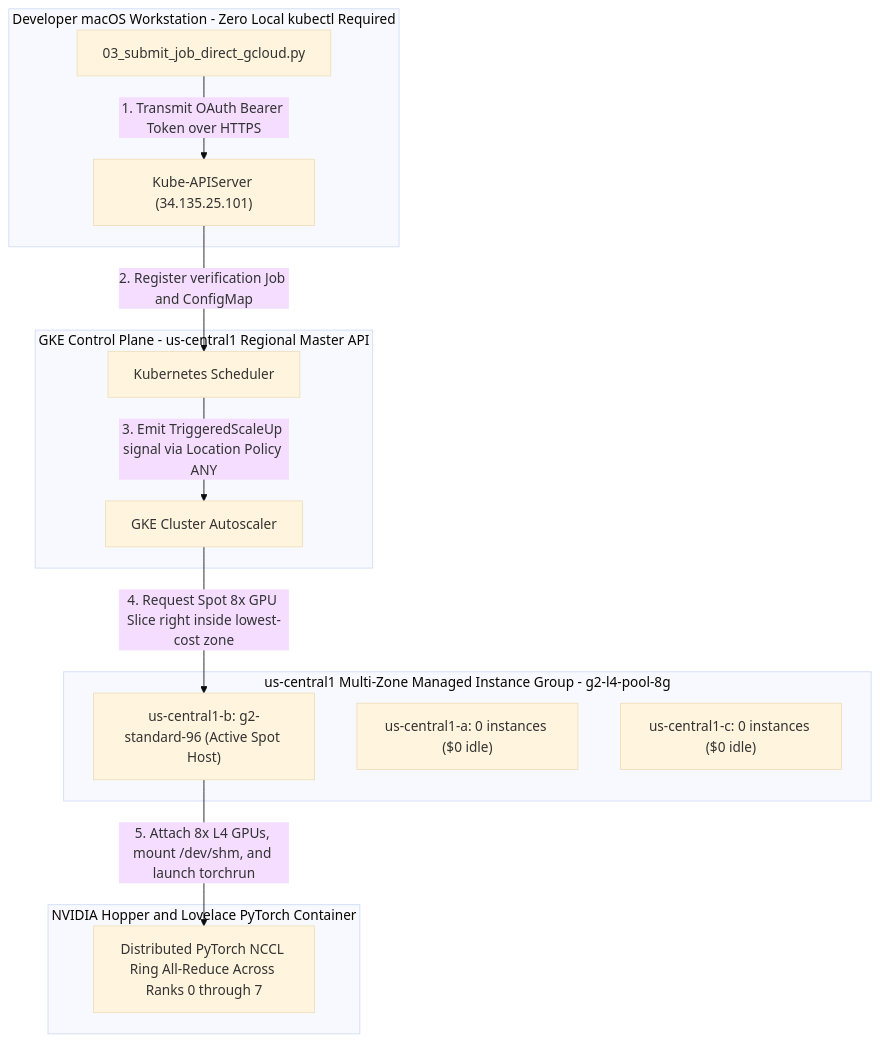
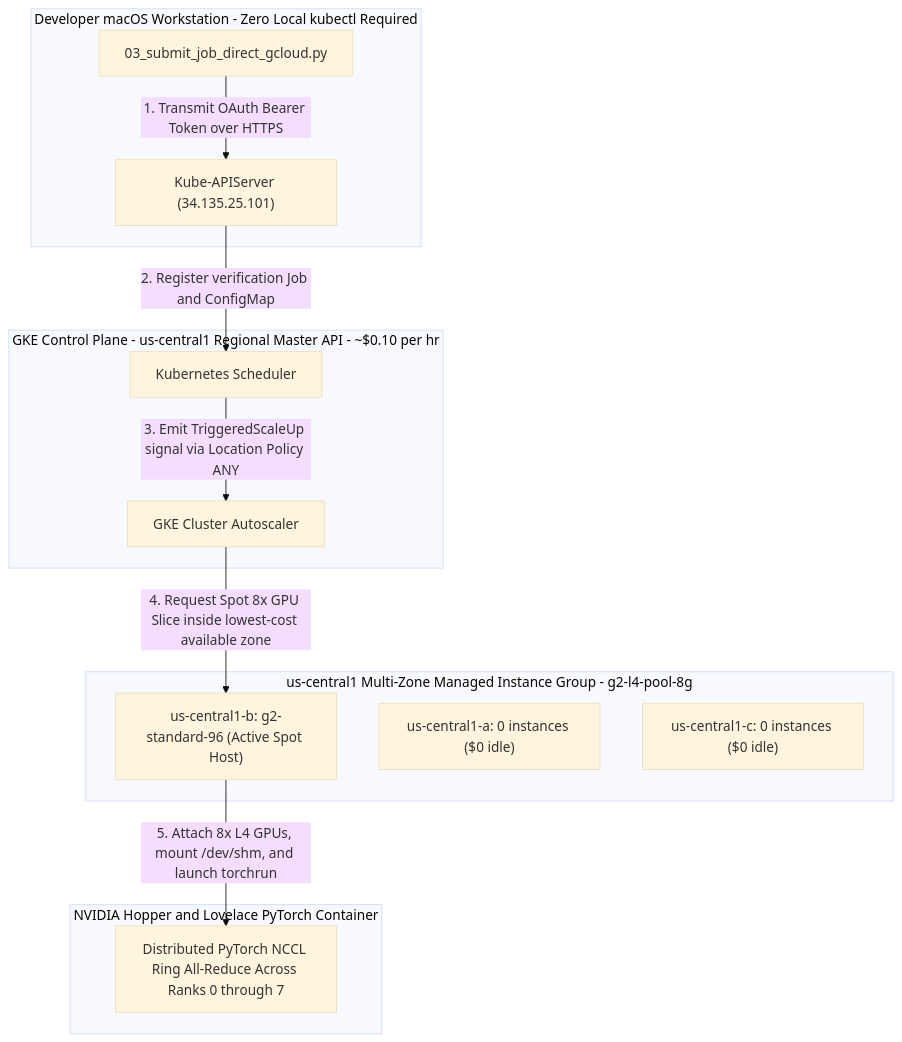
Before and after one commit to elideng-sg/hypercomputer-training-jobs: the first of 2 diagrams in GKE_GPU_WORKLOAD_REPLICATION_GUIDE.md, drawn with Mermaid (base theme). The commit also changed other lines of this file, not shown here.

````diff
--- a/GKE_GPU_WORKLOAD_REPLICATION_GUIDE.md
+++ b/GKE_GPU_WORKLOAD_REPLICATION_GUIDE.md
@@ -13,21 +68,21 @@
 ```mermaid
 flowchart TB
     subgraph Client ["Developer macOS Workstation - Zero Local kubectl Required"]
         CLI["03_submit_job_direct_gcloud.py"] -->|1. Transmit OAuth Bearer Token over HTTPS| Master
     end
 
-    subgraph ControlPlane ["GKE Control Plane - us-central1 Regional Master API"]
+    subgraph ControlPlane ["GKE Control Plane - us-central1 Regional Master API - ~$0.10 per hr"]
         Master["Kube-APIServer (34.135.25.101)"] -->|2. Register verification Job and ConfigMap| Sched["Kubernetes Scheduler"]
         Sched -->|3. Emit TriggeredScaleUp signal via Location Policy ANY| Autoscaler["GKE Cluster Autoscaler"]
     end
 
     subgraph ComputePools ["us-central1 Multi-Zone Managed Instance Group - g2-l4-pool-8g"]
-        Autoscaler -->|4. Request Spot 8x GPU Slice right inside lowest-cost zone| ZoneB["us-central1-b: g2-standard-96 (Active Spot Host)"]
+        Autoscaler -->|4. Request Spot 8x GPU Slice inside lowest-cost available zone| ZoneB["us-central1-b: g2-standard-96 (Active Spot Host)"]
         ZoneA["us-central1-a: 0 instances ($0 idle)"]
         ZoneC["us-central1-c: 0 instances ($0 idle)"]
     end
 
     subgraph Container ["NVIDIA Hopper and Lovelace PyTorch Container"]
         ZoneB -->|5. Attach 8x L4 GPUs, mount /dev/shm, and launch torchrun| JobExecution["Distributed PyTorch NCCL Ring All-Reduce Across Ranks 0 through 7"]
     end
 ```
````
